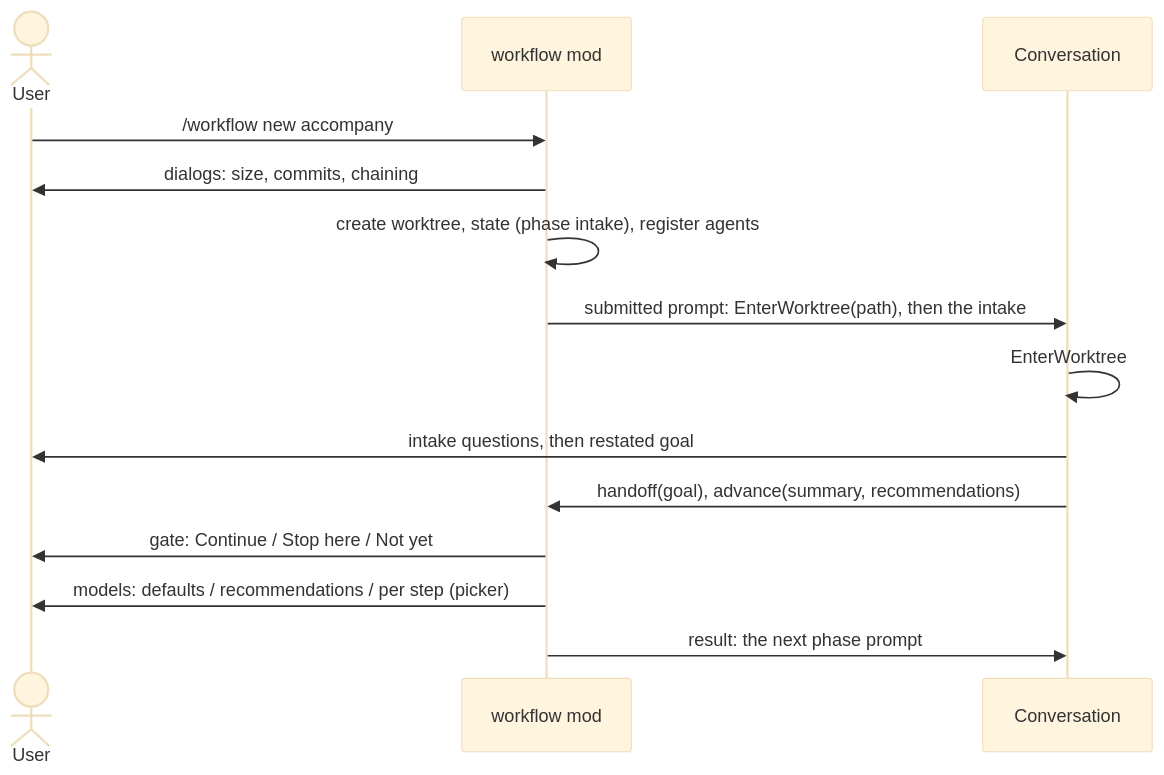
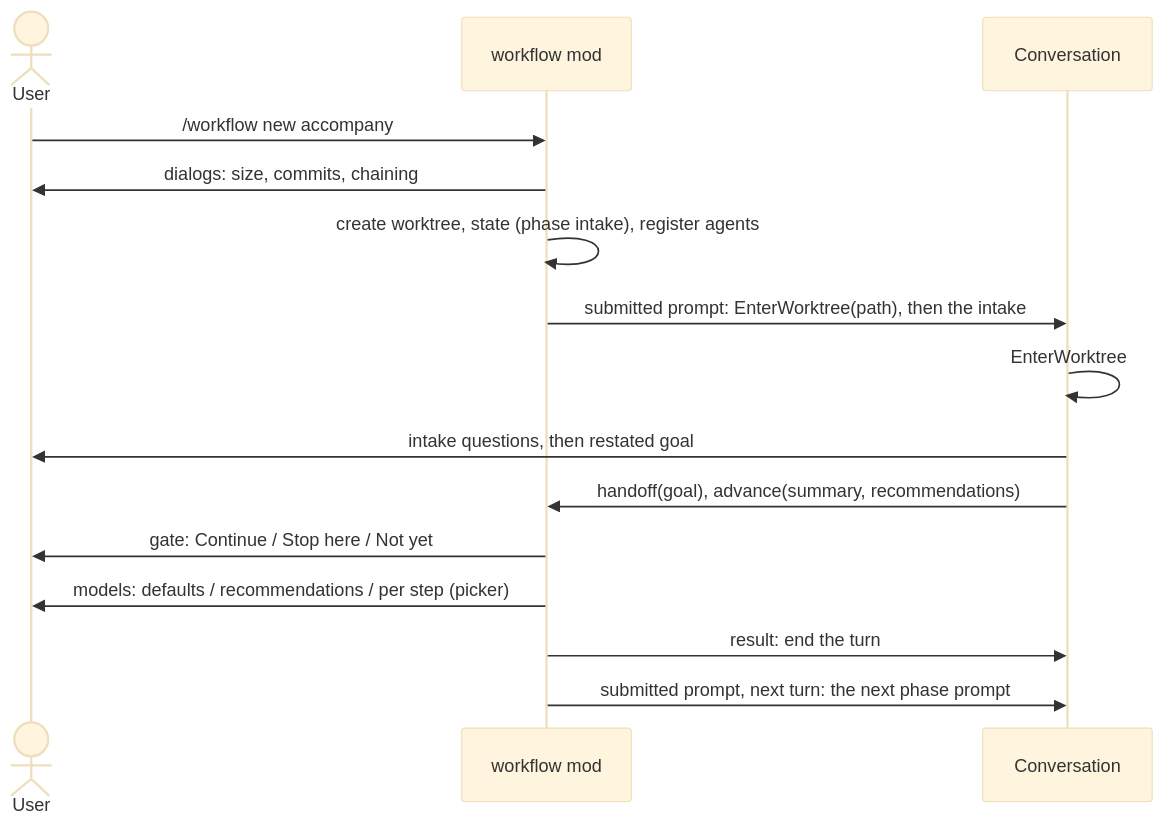
Before and after one commit to ilianusss/claude-setup: the first of 2 diagrams in docs/specs/accompagny/design.md, drawn with Mermaid (base theme). The commit also changed other lines of this file and 2 other files, not shown here.

````diff
--- a/docs/specs/accompagny/design.md
+++ b/docs/specs/accompagny/design.md
@@ -158,16 +158,17 @@
 ```mermaid
 sequenceDiagram
   actor U as User
   participant M as workflow mod
   participant C as Conversation
   U->>M: /workflow new accompany
   M->>U: dialogs: size, commits, chaining
   M->>M: create worktree, state (phase intake), register agents
   M->>C: submitted prompt: EnterWorktree(path), then the intake
   C->>C: EnterWorktree
   C->>U: intake questions, then restated goal
   C->>M: handoff(goal), advance(summary, recommendations)
   M->>U: gate: Continue / Stop here / Not yet
   M->>U: models: defaults / recommendations / per step (picker)
-  M->>C: result: the next phase prompt
+  M->>C: result: end the turn
+  M->>C: submitted prompt, next turn: the next phase prompt
 ```
````
